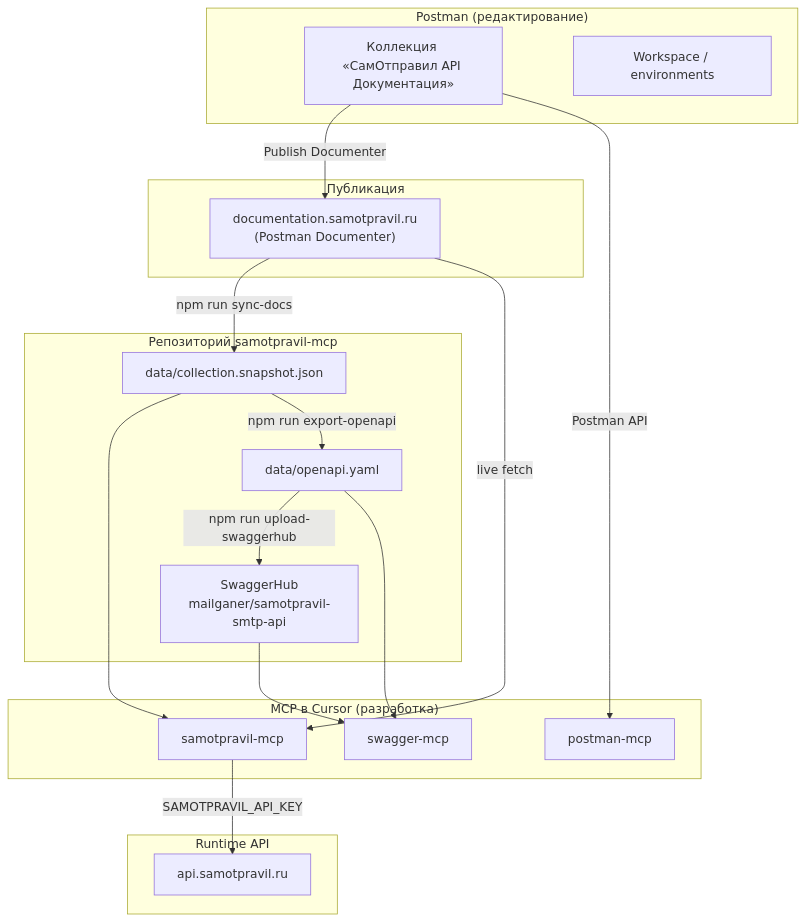
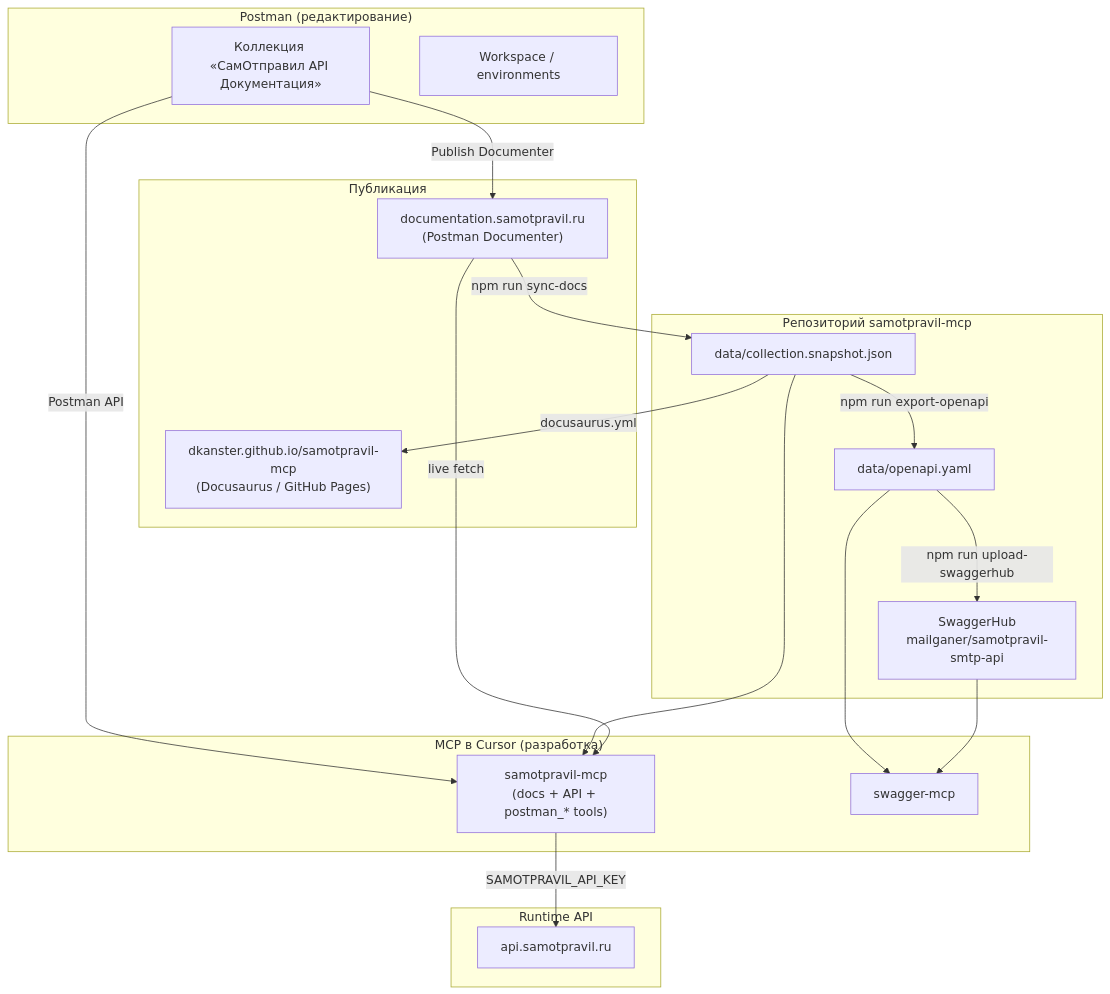
The diagram in docs/ECOSYSTEM.md (dkanster/samotpravil-mcp), drawn with Mermaid before and after one commit. The commit also changed other lines of this file and 32 other files, not shown here.

First line of the commit message:
Add Docusaurus docs site with GitHub Pages deployment.

````diff
--- a/docs/ECOSYSTEM.md
+++ b/docs/ECOSYSTEM.md
@@ -11,38 +11,39 @@
 ```mermaid
 flowchart TB
   subgraph postman ["Postman (редактирование)"]
     PC["Коллекция «СамОтправил API Документация»"]
     PW["Workspace / environments"]
   end
 
   subgraph publish ["Публикация"]
     DOC["documentation.samotpravil.ru<br/>(Postman Documenter)"]
+    PAGES["dkanster.github.io/samotpravil-mcp<br/>(Docusaurus / GitHub Pages)"]
   end
 
   subgraph repo ["Репозиторий samotpravil-mcp"]
     SNAP["data/collection.snapshot.json"]
     OAS["data/openapi.yaml"]
     SH["SwaggerHub<br/>mailganer/samotpravil-smtp-api"]
   end
 
   subgraph mcp ["MCP в Cursor (разработка)"]
-    SM["samotpravil-mcp"]
-    PM["postman-mcp"]
+    SM["samotpravil-mcp<br/>(docs + API + postman_* tools)"]
     SW["swagger-mcp"]
   end
 
   subgraph runtime ["Runtime API"]
     API["api.samotpravil.ru"]
   end
 
   PC -->|Publish Documenter| DOC
-  PC -->|Postman API| PM
+  SNAP -->|docusaurus.yml| PAGES
+  PC -->|Postman API| SM
   DOC -->|npm run sync-docs| SNAP
   SNAP --> SM
   DOC -->|live fetch| SM
   SNAP -->|npm run export-openapi| OAS
   OAS -->|npm run upload-swaggerhub| SH
   OAS --> SW
   SH --> SW
   SM -->|SAMOTPRAVIL_API_KEY| API
 ```
````
